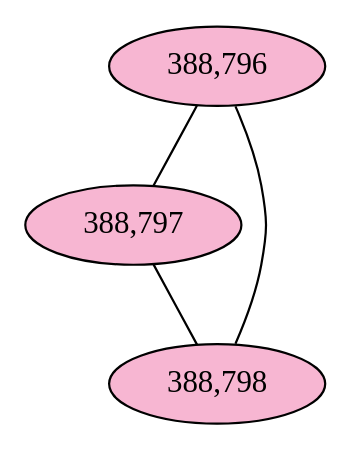
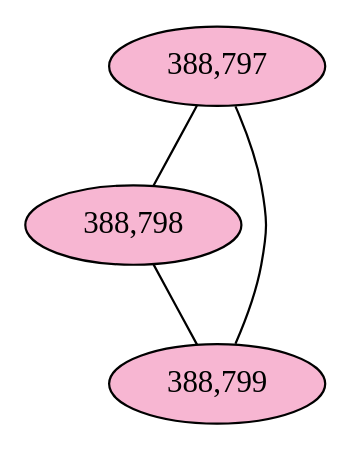
Before and after one commit to fedarko/sheepgut: the diagram in notebooks/graphs/BACTEROIDALES_cc9.gv, drawn with Graphviz. The commit also changed 60 other files, not shown here.

First line of the commit message:
1-index positions in nx graphs

```diff
--- a/notebooks/graphs/BACTEROIDALES_cc9.gv
+++ b/notebooks/graphs/BACTEROIDALES_cc9.gv
@@ -1,10 +1,10 @@
 graph BACTEROIDALES_cc9 {
 	overlap="prism50";
 	outputorder="edgesfirst";
-	"388,796" [style="filled", fillcolor="#f7b6d2", fontcolor="#000000"];
 	"388,797" [style="filled", fillcolor="#f7b6d2", fontcolor="#000000"];
 	"388,798" [style="filled", fillcolor="#f7b6d2", fontcolor="#000000"];
-	"388,796" -- "388,797";
-	"388,796" -- "388,798";
+	"388,799" [style="filled", fillcolor="#f7b6d2", fontcolor="#000000"];
 	"388,797" -- "388,798";
+	"388,797" -- "388,799";
+	"388,798" -- "388,799";
 }
```
